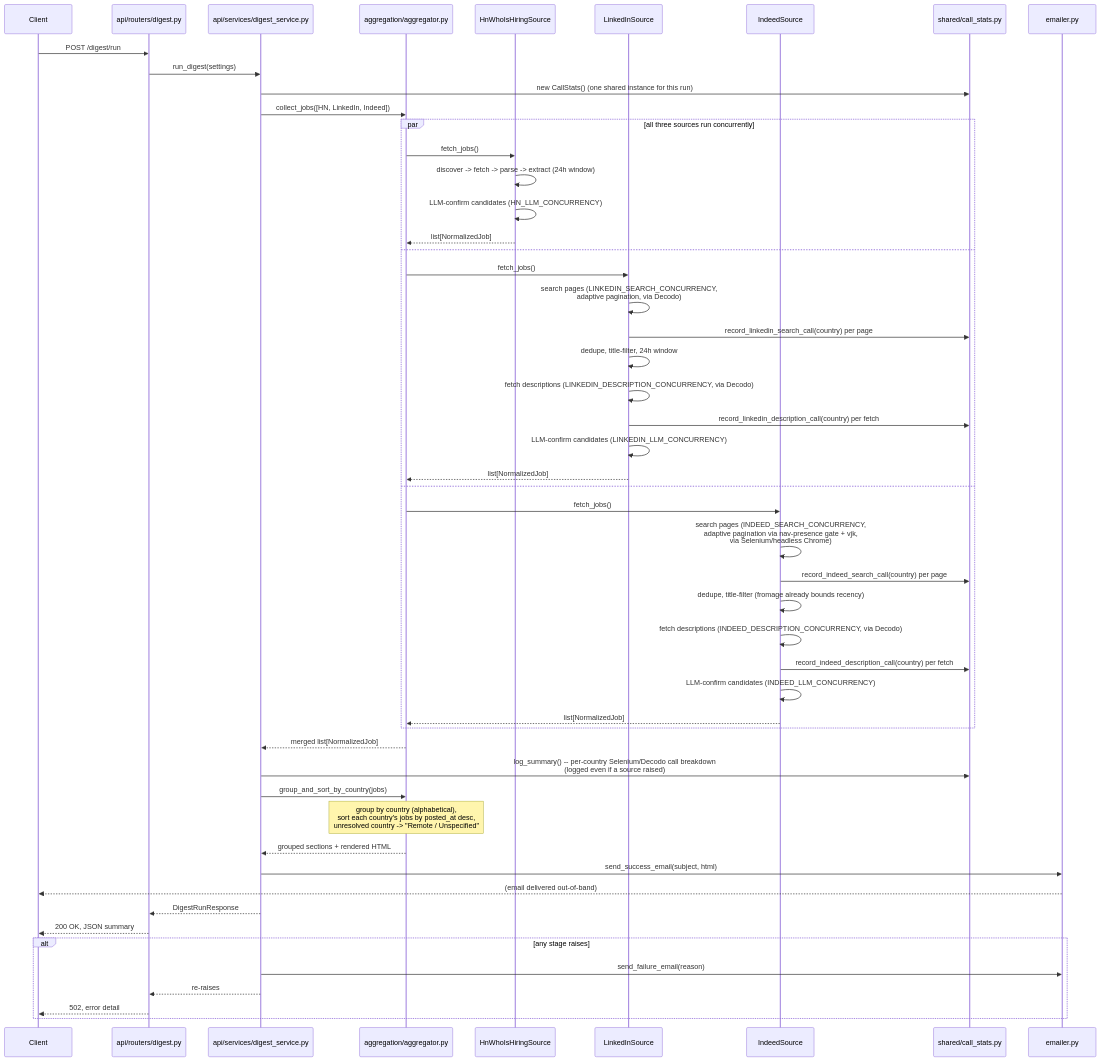
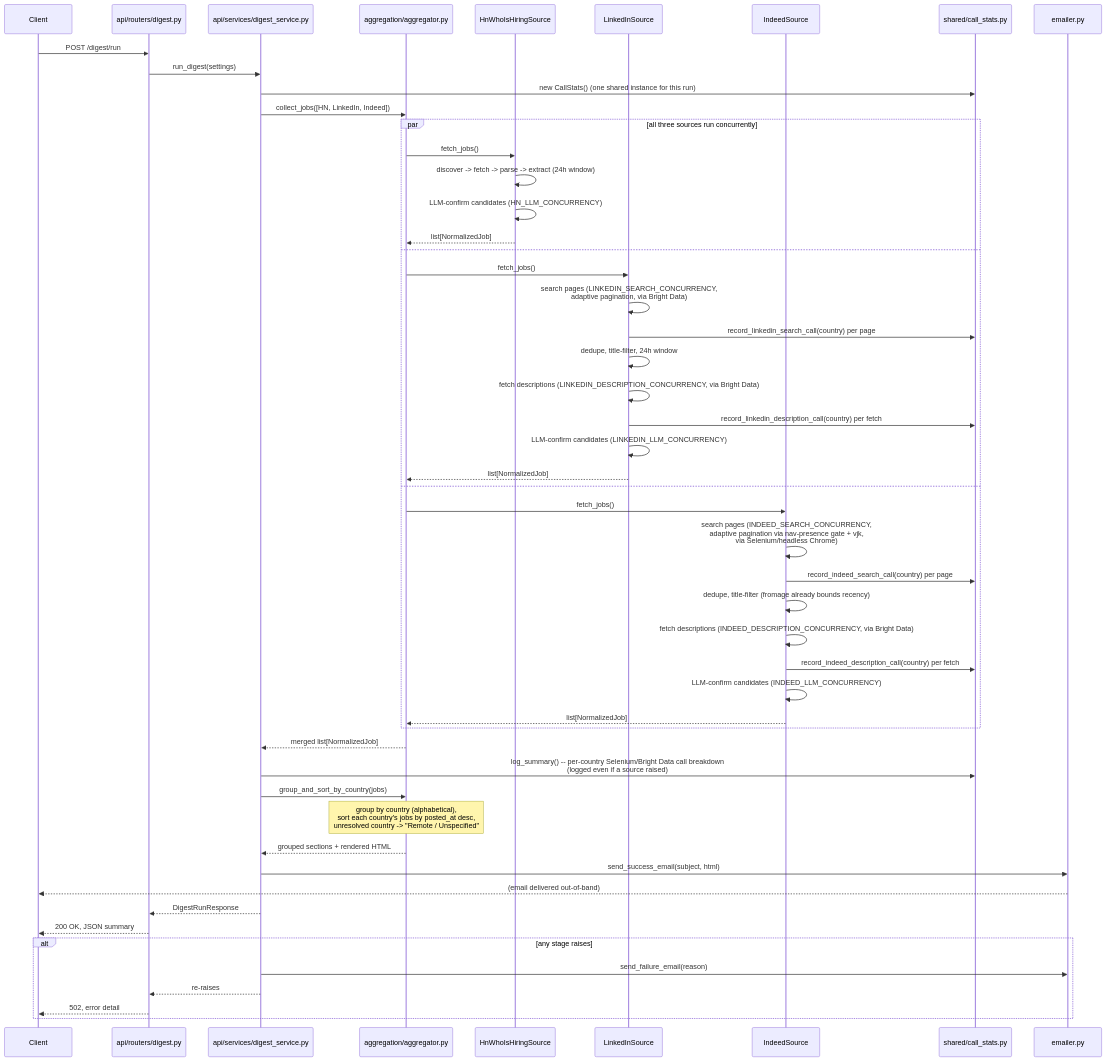
One commit to shubham-arora-18/visa_jobs_service changed the second of 2 diagrams in ARCHITECTURE.md. Above: the diagram before and after it, drawn with Mermaid. The commit also changed other lines of this file and 24 other files, not shown here.

First line of the commit message:
Move LinkedIn's scraping off Decodo onto Bright Data; raise digest timeout

````diff
--- a/ARCHITECTURE.md
+++ b/ARCHITECTURE.md
@@ -108,56 +108,56 @@
 ```mermaid
 sequenceDiagram
     participant Client
     participant Router as api/routers/digest.py
     participant Service as api/services/digest_service.py
     participant Agg as aggregation/aggregator.py
     participant HN as HnWhoIsHiringSource
     participant LI as LinkedInSource
     participant IN as IndeedSource
     participant Stats as shared/call_stats.py
     participant Mail as emailer.py
 
     Client->>Router: POST /digest/run
     Router->>Service: run_digest(settings)
     Service->>Stats: new CallStats() (one shared instance for this run)
     Service->>Agg: collect_jobs([HN, LinkedIn, Indeed])
     par all three sources run concurrently
         Agg->>HN: fetch_jobs()
         HN->>HN: discover -> fetch -> parse -> extract (24h window)
         HN->>HN: LLM-confirm candidates (HN_LLM_CONCURRENCY)
         HN-->>Agg: list[NormalizedJob]
     and
         Agg->>LI: fetch_jobs()
-        LI->>LI: search pages (LINKEDIN_SEARCH_CONCURRENCY,<br/>adaptive pagination, via Decodo)
+        LI->>LI: search pages (LINKEDIN_SEARCH_CONCURRENCY,<br/>adaptive pagination, via Bright Data)
         LI->>Stats: record_linkedin_search_call(country) per page
         LI->>LI: dedupe, title-filter, 24h window
-        LI->>LI: fetch descriptions (LINKEDIN_DESCRIPTION_CONCURRENCY, via Decodo)
+        LI->>LI: fetch descriptions (LINKEDIN_DESCRIPTION_CONCURRENCY, via Bright Data)
         LI->>Stats: record_linkedin_description_call(country) per fetch
         LI->>LI: LLM-confirm candidates (LINKEDIN_LLM_CONCURRENCY)
         LI-->>Agg: list[NormalizedJob]
     and
         Agg->>IN: fetch_jobs()
         IN->>IN: search pages (INDEED_SEARCH_CONCURRENCY,<br/>adaptive pagination via nav-presence gate + vjk,<br/>via Selenium/headless Chrome)
         IN->>Stats: record_indeed_search_call(country) per page
         IN->>IN: dedupe, title-filter (fromage already bounds recency)
-        IN->>IN: fetch descriptions (INDEED_DESCRIPTION_CONCURRENCY, via Decodo)
+        IN->>IN: fetch descriptions (INDEED_DESCRIPTION_CONCURRENCY, via Bright Data)
         IN->>Stats: record_indeed_description_call(country) per fetch
         IN->>IN: LLM-confirm candidates (INDEED_LLM_CONCURRENCY)
         IN-->>Agg: list[NormalizedJob]
     end
     Agg-->>Service: merged list[NormalizedJob]
-    Service->>Stats: log_summary() -- per-country Selenium/Decodo call breakdown<br/>(logged even if a source raised)
+    Service->>Stats: log_summary() -- per-country Selenium/Bright Data call breakdown<br/>(logged even if a source raised)
     Service->>Agg: group_and_sort_by_country(jobs)
     Note over Agg: group by country (alphabetical),<br/>sort each country's jobs by posted_at desc,<br/>unresolved country -> "Remote / Unspecified"
     Agg-->>Service: grouped sections + rendered HTML
     Service->>Mail: send_success_email(subject, html)
     Mail-->>Client: (email delivered out-of-band)
     Service-->>Router: DigestRunResponse
     Router-->>Client: 200 OK, JSON summary
 
     alt any stage raises
         Service->>Mail: send_failure_email(reason)
         Service-->>Router: re-raises
         Router-->>Client: 502, error detail
     end
 ```
````
